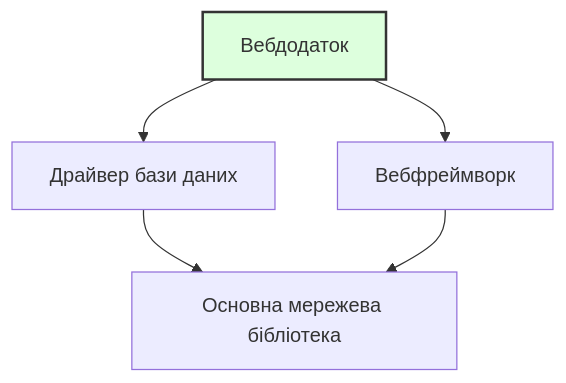
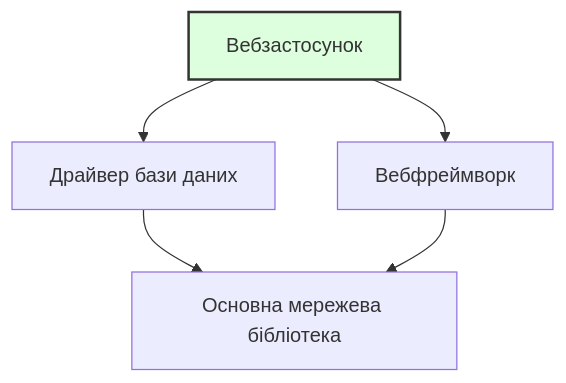
Before and after one commit to krisztiankoos/kubedojo: the second of 2 diagrams in src/content/docs/uk/prerequisites/zero-to-terminal/module-0.9-software-and-packages.md, drawn with Mermaid. The commit also changed other lines of this file and 82 other files, not shown here.

````diff
--- a/src/content/docs/uk/prerequisites/zero-to-terminal/module-0.9-software-and-packages.md
+++ b/src/content/docs/uk/prerequisites/zero-to-terminal/module-0.9-software-and-packages.md
@@ -207,9 +207,9 @@
 ```mermaid
 flowchart TD
-    A[Вебдодаток] --> B[Драйвер бази даних]
+    A[Вебзастосунок] --> B[Драйвер бази даних]
     A --> C[Вебфреймворк]
     B --> D[Основна мережева бібліотека]
     C --> D
     
     style A fill:#dfd,stroke:#333,stroke-width:2px
 ```
````
